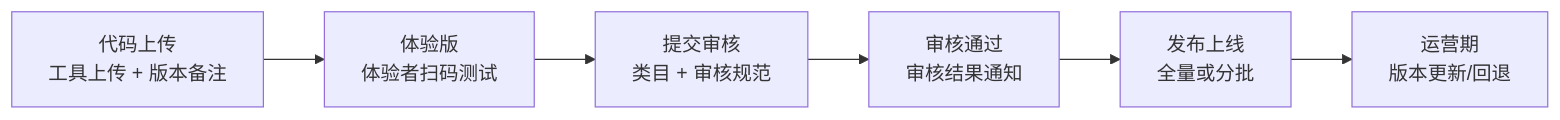
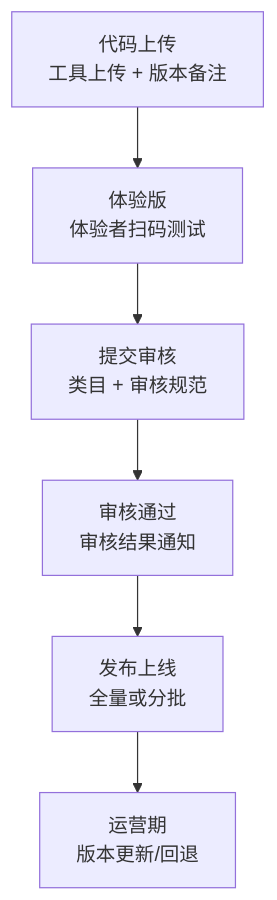
The diagram in docs/05-发布/01-上线发布.md (zhuguang-ZFG/xiaochengxu), drawn with Mermaid before and after one commit. The commit also changed other lines of this file and 36 other files, not shown here.

First line of the commit message:
feat: 图示系统升级——Mermaid 预渲染、图表编号与电子书图录表录 (#6)

````diff
--- a/docs/05-发布/01-上线发布.md
+++ b/docs/05-发布/01-上线发布.md
@@ -31,8 +32,8 @@
 ```mermaid
-flowchart LR
+flowchart TD
     A[代码上传<br/>工具上传 + 版本备注] --> B[体验版<br/>体验者扫码测试]
     B --> C[提交审核<br/>类目 + 审核规范]
     C --> D[审核通过<br/>审核结果通知]
     D --> E[发布上线<br/>全量或分批]
     E --> F[运营期<br/>版本更新/回退]
 ```
````
